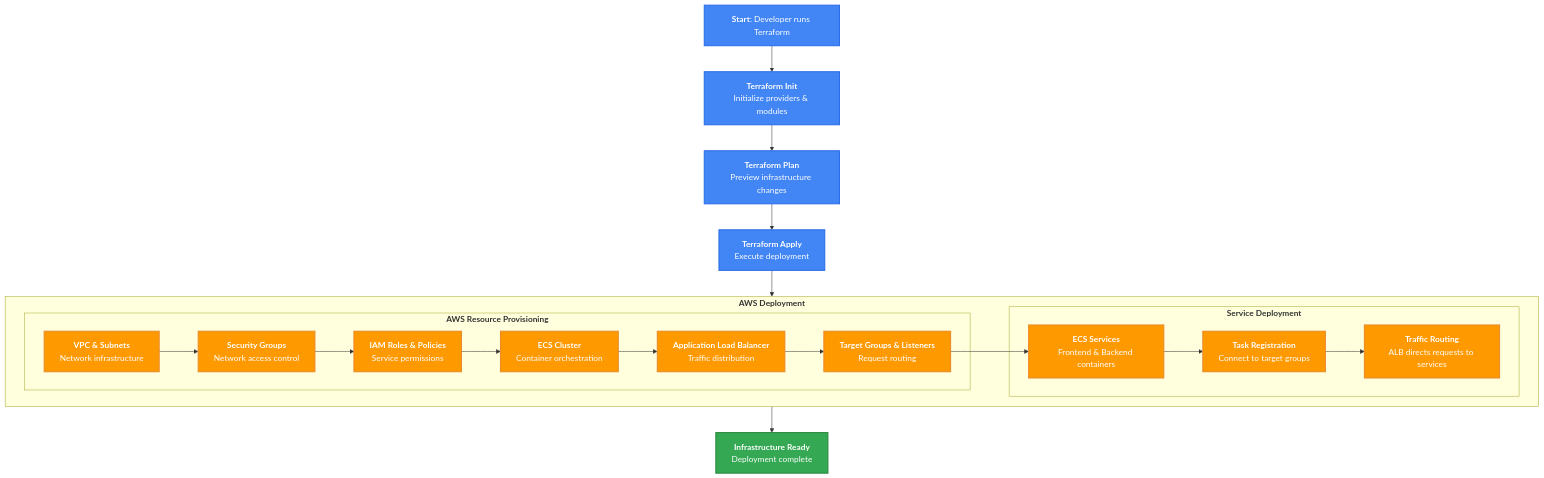
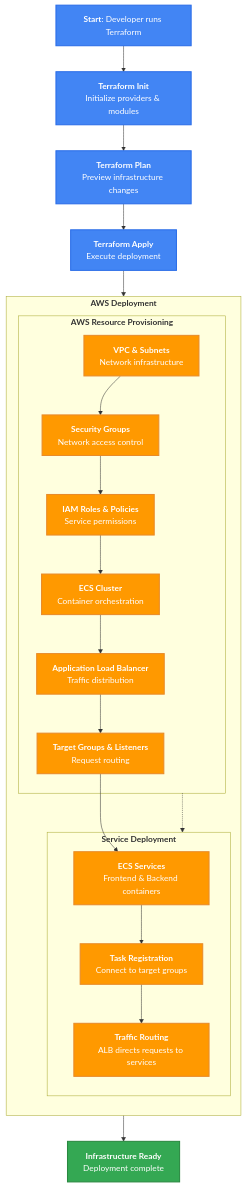
Before and after one commit to trahulprabhu38/stackOps: the second of 2 diagrams in README.md, drawn with Mermaid.

````diff
--- a/README.md
+++ b/README.md
@@ -77,36 +77,38 @@
 ```mermaid
 flowchart TD
     classDef terraformSteps fill:#4285F4,stroke:#2A6DE8,color:white,stroke-width:2px
     classDef awsResources fill:#FF9900,stroke:#E88B2A,color:white,stroke-width:2px
     classDef endState fill:#34A853,stroke:#2A8840,color:white,stroke-width:2px
     
     A[<b>Start</b>: Developer runs Terraform] --> B[<b>Terraform Init</b><br>Initialize providers & modules]
     B --> C[<b>Terraform Plan</b><br>Preview infrastructure changes]
     C --> D[<b>Terraform Apply</b><br>Execute deployment]
     
-    D --> E
+    D --> Deployment
     
     subgraph Deployment["<b>AWS Deployment</b>"]
-        direction LR
+        direction TB
+        
         subgraph AWS["<b>AWS Resource Provisioning</b>"]
             E[<b>VPC & Subnets</b><br>Network infrastructure] --> F[<b>Security Groups</b><br>Network access control]
             F --> G[<b>IAM Roles & Policies</b><br>Service permissions]
             G --> H[<b>ECS Cluster</b><br>Container orchestration]
             H --> I[<b>Application Load Balancer</b><br>Traffic distribution]
             I --> J[<b>Target Groups & Listeners</b><br>Request routing]
         end
         
         subgraph Services["<b>Service Deployment</b>"]
             K[<b>ECS Services</b><br>Frontend & Backend containers] --> L[<b>Task Registration</b><br>Connect to target groups]
             L --> M[<b>Traffic Routing</b><br>ALB directs requests to services]
         end
+        
+        AWS -.-> Services
+        J --> K
     end
     
-    J --> K
-    M --> N[<b>Infrastructure Ready</b><br>Deployment complete]
+    Deployment --> N[<b>Infrastructure Ready</b><br>Deployment complete]
     
     class A,B,C,D terraformSteps
     class E,F,G,H,I,J,K,L,M awsResources
     class N endState
-
 ```
````
